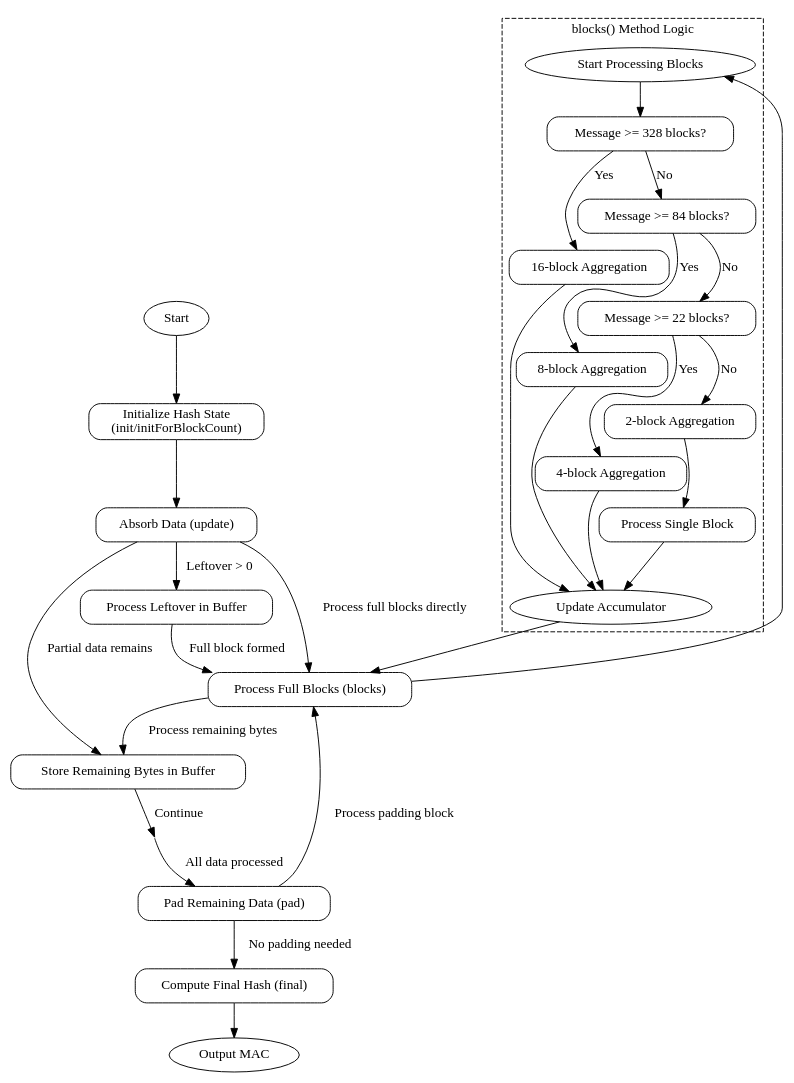
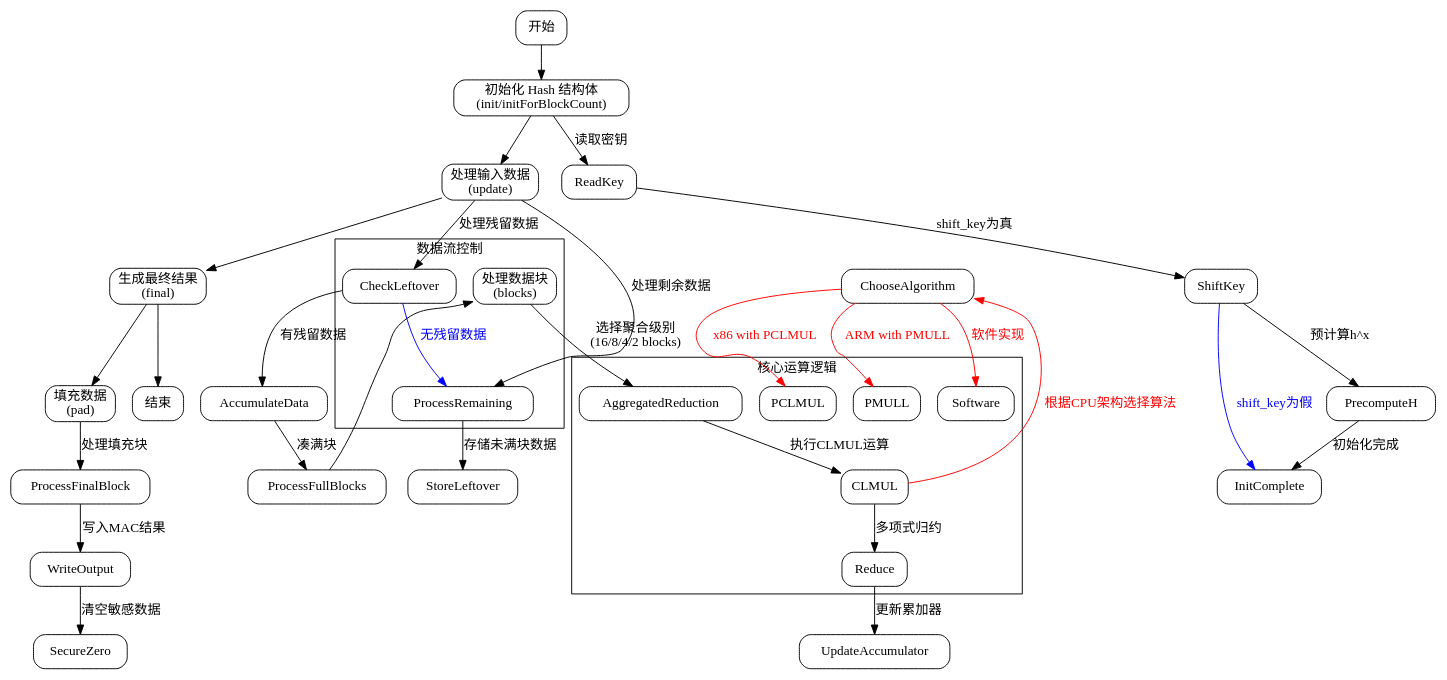
The diagram in dot_std/crypto/ghash_polyval.zig.Hash.md (sdzx-1/deepseek-zig-reader), drawn with Graphviz before and after one commit. The commit also changed other lines of this file and 236 other files, not shown here.

````diff
--- a/dot_std/crypto/ghash_polyval.zig.Hash.md
+++ b/dot_std/crypto/ghash_polyval.zig.Hash.md
@@ -32,70 +24,68 @@
 ```dot
 digraph G {
     rankdir=TB;
     node [shape=rectangle, style="rounded"];
 
-    start [label="Start", shape=ellipse];
-    init [label="Initialize Hash State\n(init/initForBlockCount)"];
-    update [label="Absorb Data (update)"];
-    process_leftover [label="Process Leftover in Buffer"];
-    process_blocks [label="Process Full Blocks (blocks)"];
-    pad [label="Pad Remaining Data (pad)"];
-    final [label="Compute Final Hash (final)"];
-    end [label="Output MAC", shape=ellipse];
+    // 主要节点
+    Start [label="开始"];
+    Init [label="初始化 Hash 结构体\n(init/initForBlockCount)"];
+    Update [label="处理输入数据\n(update)"];
+    ProcessBlocks [label="处理数据块\n(blocks)"];
+    Pad [label="填充数据\n(pad)"];
+    Final [label="生成最终结果\n(final)"];
+    End [label="结束"];
 
-    start -> init;
-    init -> update;
+    // 内部方法节点
+    Init -> ReadKey [label="读取密钥"];
+    ReadKey -> ShiftKey [label="shift_key为真"];
+    ShiftKey -> PrecomputeH [label="预计算h^x"];
+    PrecomputeH -> InitComplete [label="初始化完成"];
 
-    update -> process_leftover [label="Leftover > 0"];
-    process_leftover -> process_blocks [label="Full block formed"];
-    update -> process_blocks [label="Process full blocks directly"];
-    process_blocks -> update_remaining [label="Process remaining bytes"];
-    update_remaining [label="Store Remaining Bytes in Buffer"];
+    Update -> CheckLeftover [label="处理残留数据"];
+    CheckLeftover -> AccumulateData [label="有残留数据"];
+    AccumulateData -> ProcessFullBlocks [label="凑满块"];
+    ProcessFullBlocks -> ProcessBlocks;
 
-    update -> update_remaining [label="Partial data remains"];
-    update_remaining -> end_update [label="Continue"];
+    Update -> ProcessRemaining [label="处理剩余数据"];
+    ProcessRemaining -> StoreLeftover [label="存储未满块数据"];
 
-    end_update [label="", width=0, height=0, shape=none];
-    end_update -> pad [label="All data processed"];
+    ProcessBlocks -> AggregatedReduction [label="选择聚合级别\n(16/8/4/2 blocks)"];
+    AggregatedReduction -> CLMUL [label="执行CLMUL运算"];
+    CLMUL -> Reduce [label="多项式归约"];
+    Reduce -> UpdateAccumulator [label="更新累加器"];
 
-    pad -> process_blocks [label="Process padding block"];
-    pad -> final [label="No padding needed"];
+    Final -> Pad;
+    Pad -> ProcessFinalBlock [label="处理填充块"];
+    ProcessFinalBlock -> WriteOutput [label="写入MAC结果"];
+    WriteOutput -> SecureZero [label="清空敏感数据"];
 
-    final -> end;
+    // 连接主流程
+    Start -> Init;
+    Init -> Update;
+    Update -> Final;
+    Final -> End;
 
-    subgraph cluster_blocks {
-        label="blocks() Method Logic";
-        style=dashed;
-        
-        blocks_start [label="Start Processing Blocks", shape=ellipse];
-        check_agg_16 [label="Message >= 328 blocks?"];
-        agg_16 [label="16-block Aggregation"];
-        check_agg_8 [label="Message >= 84 blocks?"];
-        agg_8 [label="8-block Aggregation"];
-        check_agg_4 [label="Message >= 22 blocks?"];
-        agg_4 [label="4-block Aggregation"];
-        agg_2 [label="2-block Aggregation"];
-        single_block [label="Process Single Block"];
-        blocks_end [label="Update Accumulator", shape=ellipse];
-
-        blocks_start -> check_agg_16;
-        check_agg_16 -> agg_16 [label="Yes"];
-        check_agg_16 -> check_agg_8 [label="No"];
-        agg_16 -> blocks_end;
-
-        check_agg_8 -> agg_8 [label="Yes"];
-        check_agg_8 -> check_agg_4 [label="No"];
-        agg_8 -> blocks_end;
-
-        check_agg_4 -> agg_4 [label="Yes"];
-        check_agg_4 -> agg_2 [label="No"];
-        agg_4 -> blocks_end;
-
-        agg_2 -> single_block;
-        single_block -> blocks_end;
+    // 条件分支样式
+    edge [color=blue, fontcolor=blue];
+    ShiftKey -> InitComplete [label="shift_key为假"];
+    CheckLeftover -> ProcessRemaining [label="无残留数据"];
+    
+    edge [color=red, fontcolor=red];
+    CLMUL -> ChooseAlgorithm [label="根据CPU架构选择算法"];
+    ChooseAlgorithm -> PCLMUL [label="x86 with PCLMUL"];
+    ChooseAlgorithm -> PMULL [label="ARM with PMULL"];
+    ChooseAlgorithm -> Software [label="软件实现"];
+    
+    // 子图分组
+    subgraph cluster_internal {
+        label="核心运算逻辑";
+        CLMUL; Reduce; AggregatedReduction; 
+        PCLMUL; PMULL; Software;
     }
 
-    process_blocks -> blocks_start [lhead=cluster_blocks];
-    blocks_end -> process_blocks [ltail=cluster_blocks];
+    subgraph cluster_dataflow {
+        label="数据流控制";
+        ProcessBlocks; CheckLeftover; ProcessRemaining;
+    }
 }
-```
+``` 
````
